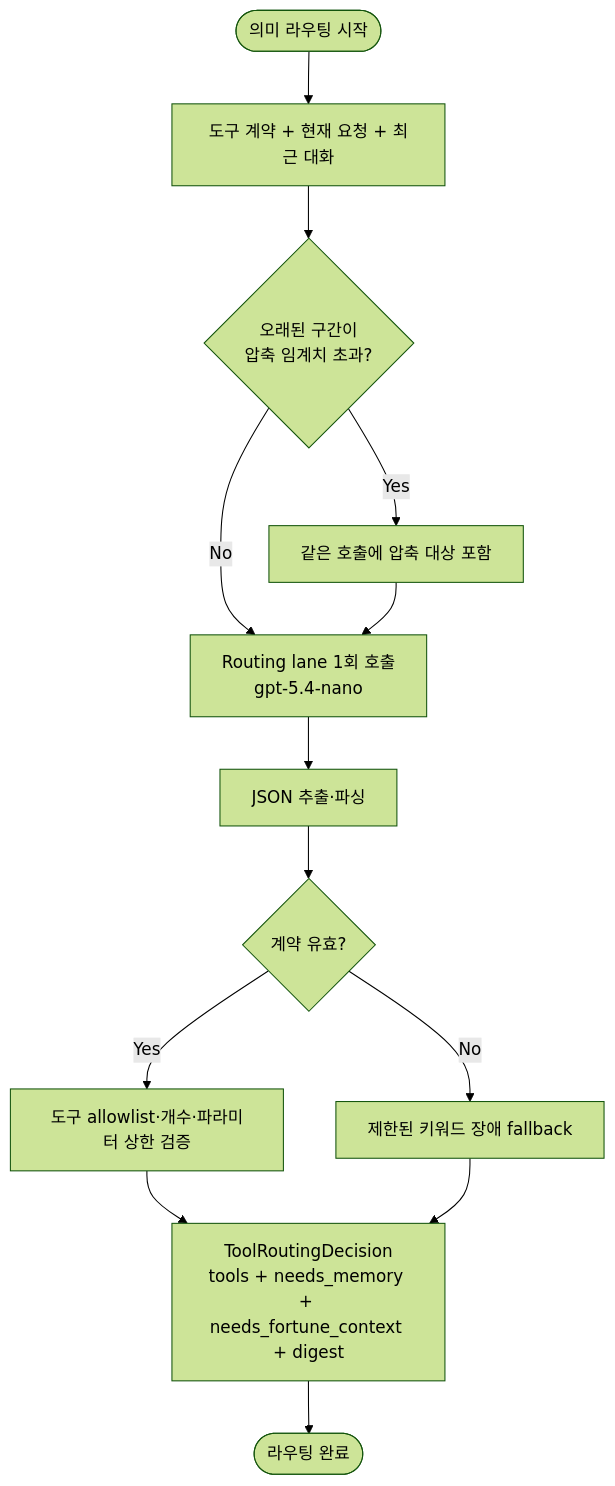
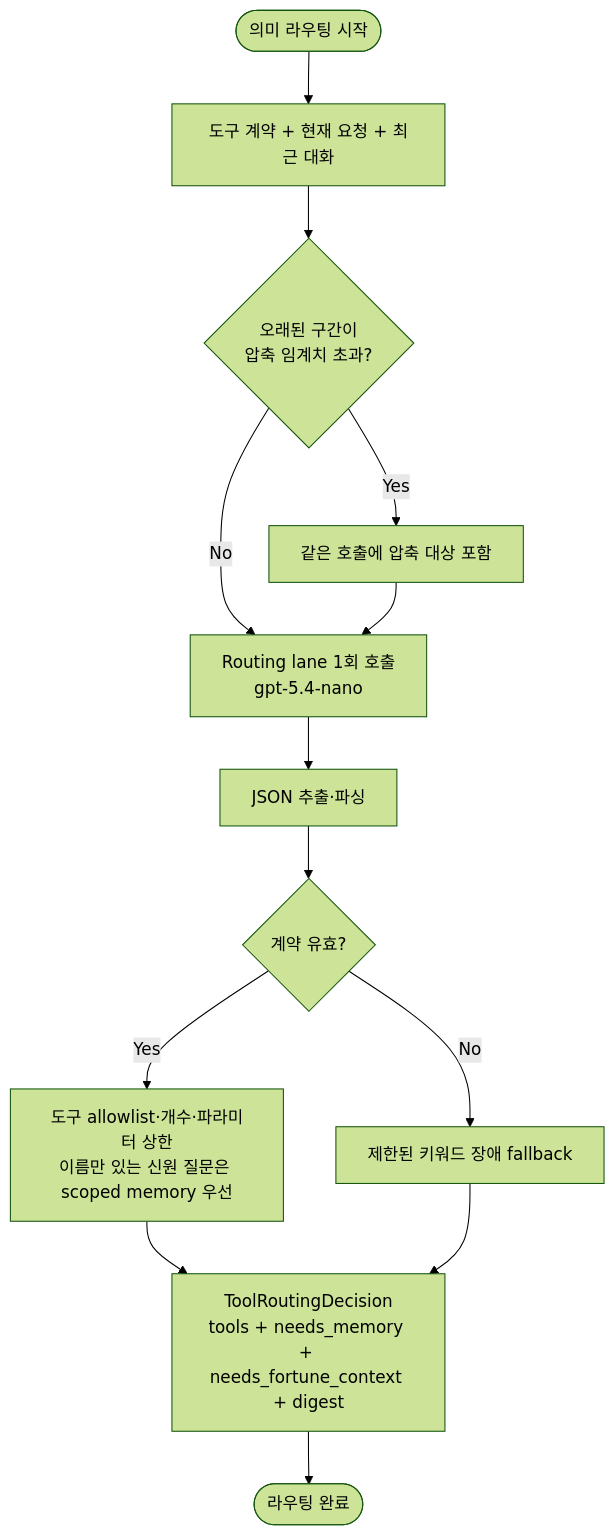
One commit to kim0040/masamong changed diagram 11 of 15 in docs/UML_SPEC.ko.md. Above: the diagram before and after it, drawn with Mermaid (forest theme). The commit also changed 6 other files, not shown here.

````diff
--- a/docs/UML_SPEC.ko.md
+++ b/docs/UML_SPEC.ko.md
@@ -714,15 +714,15 @@
 ```mermaid
 flowchart TD
     Start([의미 라우팅 시작]) --> BuildPrompt[도구 계약 + 현재 요청 + 최근 대화]
     BuildPrompt --> NeedDigest{오래된 구간이<br/>압축 임계치 초과?}
     NeedDigest -->|Yes| AddDigest[같은 호출에 압축 대상 포함]
     NeedDigest -->|No| CallRouting
     AddDigest --> CallRouting[Routing lane 1회 호출<br/>gpt-5.4-nano]
     CallRouting --> ParseJSON[JSON 추출·파싱]
     ParseJSON --> Valid{계약 유효?}
-    Valid -->|Yes| Sanitize[도구 allowlist·개수·파라미터 상한 검증]
+    Valid -->|Yes| Sanitize[도구 allowlist·개수·파라미터 상한<br/>이름만 있는 신원 질문은 scoped memory 우선]
     Valid -->|No| Emergency[제한된 키워드 장애 fallback]
     Sanitize --> Decision[ToolRoutingDecision<br/>tools + needs_memory + needs_fortune_context + digest]
     Emergency --> Decision
     Decision --> Done([라우팅 완료])
 ```
````
